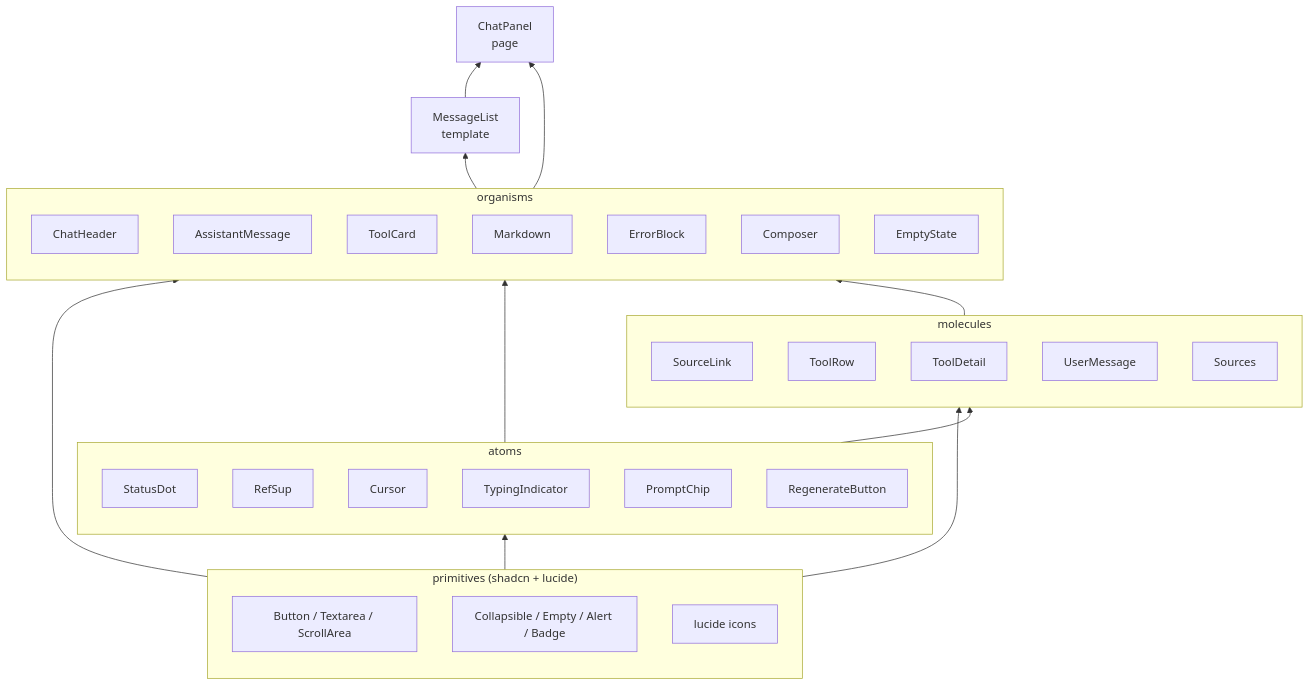
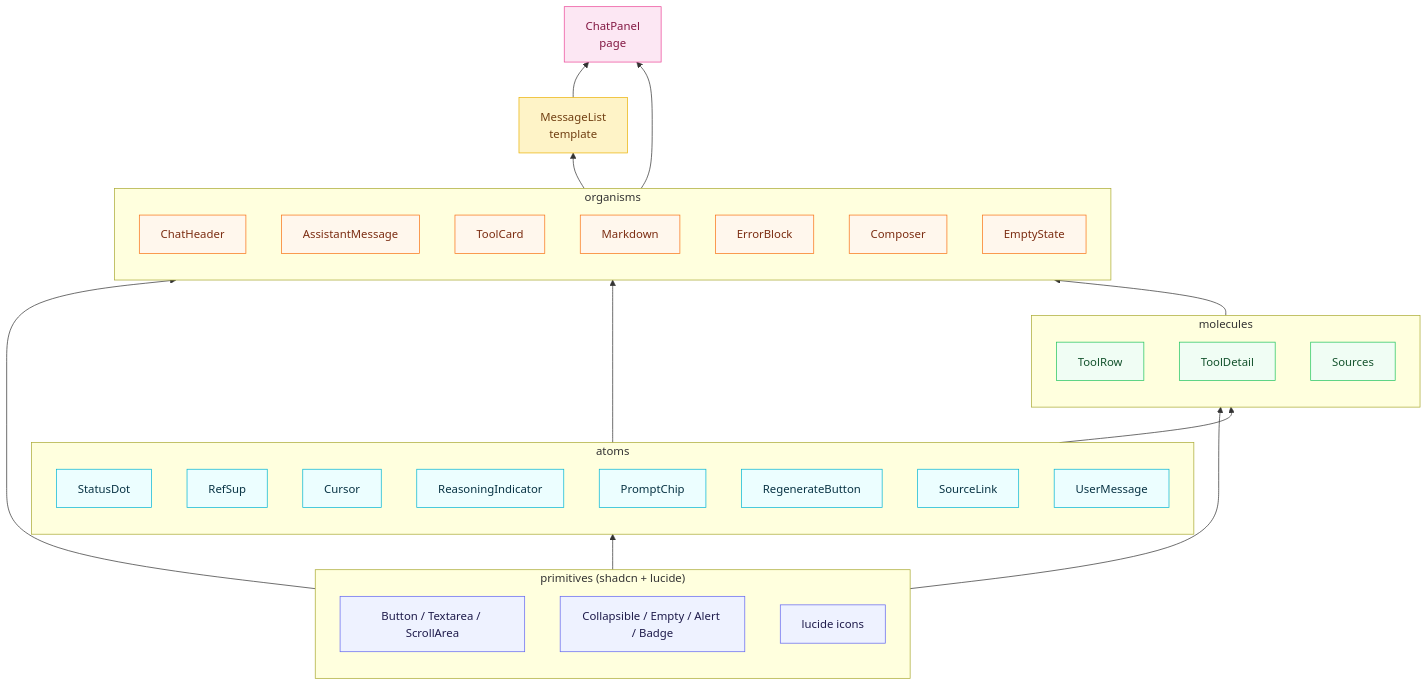
The first of 4 diagrams in docs/frontend_chat_architecture.md (wei-yiting/fin-lab-x), drawn with Mermaid before and after one commit. The commit also changed other lines of this file and 12 other files, not shown here.

First line of the commit message:
docs(chat): restructure architecture + DOM contract per PR review

````diff
--- a/docs/frontend_chat_architecture.md
+++ b/docs/frontend_chat_architecture.md
@@ -13,48 +15,62 @@
 ```mermaid
 flowchart BT
     subgraph primitives["primitives (shadcn + lucide)"]
         P1[Button / Textarea / ScrollArea]
         P2[Collapsible / Empty / Alert / Badge]
         P3[lucide icons]
     end
 
     subgraph atoms
         StatusDot
         RefSup
         Cursor
-        TypingIndicator
+        ReasoningIndicator
         PromptChip
         RegenerateButton
+        SourceLink
+        UserMessage
     end
 
     subgraph molecules
-        SourceLink
         ToolRow
         ToolDetail
-        UserMessage
         Sources
     end
 
     subgraph organisms
         ChatHeader
         AssistantMessage
         ToolCard
         Markdown
         ErrorBlock
         Composer
         EmptyState
     end
 
     MessageList[MessageList<br/>template]
     ChatPanel[ChatPanel<br/>page]
 
     primitives --> atoms
     primitives --> molecules
     primitives --> organisms
     atoms --> molecules
     atoms --> organisms
     molecules --> organisms
     organisms --> MessageList
     MessageList --> ChatPanel
     organisms --> ChatPanel
+
+    classDef primitiveCls fill:#eef2ff,stroke:#6366f1,color:#1e1b4b
+    classDef atomCls fill:#ecfeff,stroke:#06b6d4,color:#083344
+    classDef moleculeCls fill:#f0fdf4,stroke:#22c55e,color:#14532d
+    classDef organismCls fill:#fff7ed,stroke:#f97316,color:#7c2d12
+    classDef templateCls fill:#fef3c7,stroke:#eab308,color:#713f12
+    classDef pageCls fill:#fce7f3,stroke:#ec4899,color:#831843
+
+    class P1,P2,P3 primitiveCls
+    class StatusDot,RefSup,Cursor,ReasoningIndicator,PromptChip,RegenerateButton,SourceLink,UserMessage atomCls
+    class ToolRow,ToolDetail,Sources moleculeCls
+    class ChatHeader,AssistantMessage,ToolCard,Markdown,ErrorBlock,Composer,EmptyState organismCls
+    class MessageList templateCls
+    class ChatPanel pageCls
 ```
````
